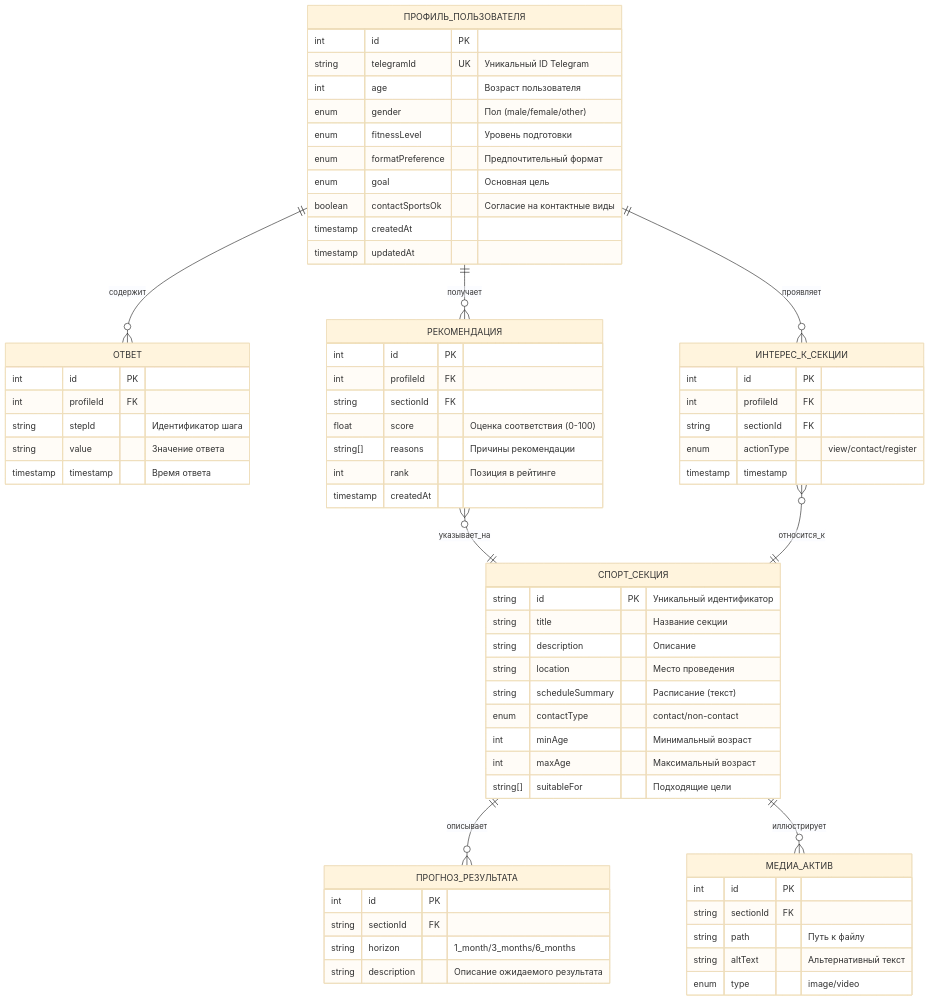
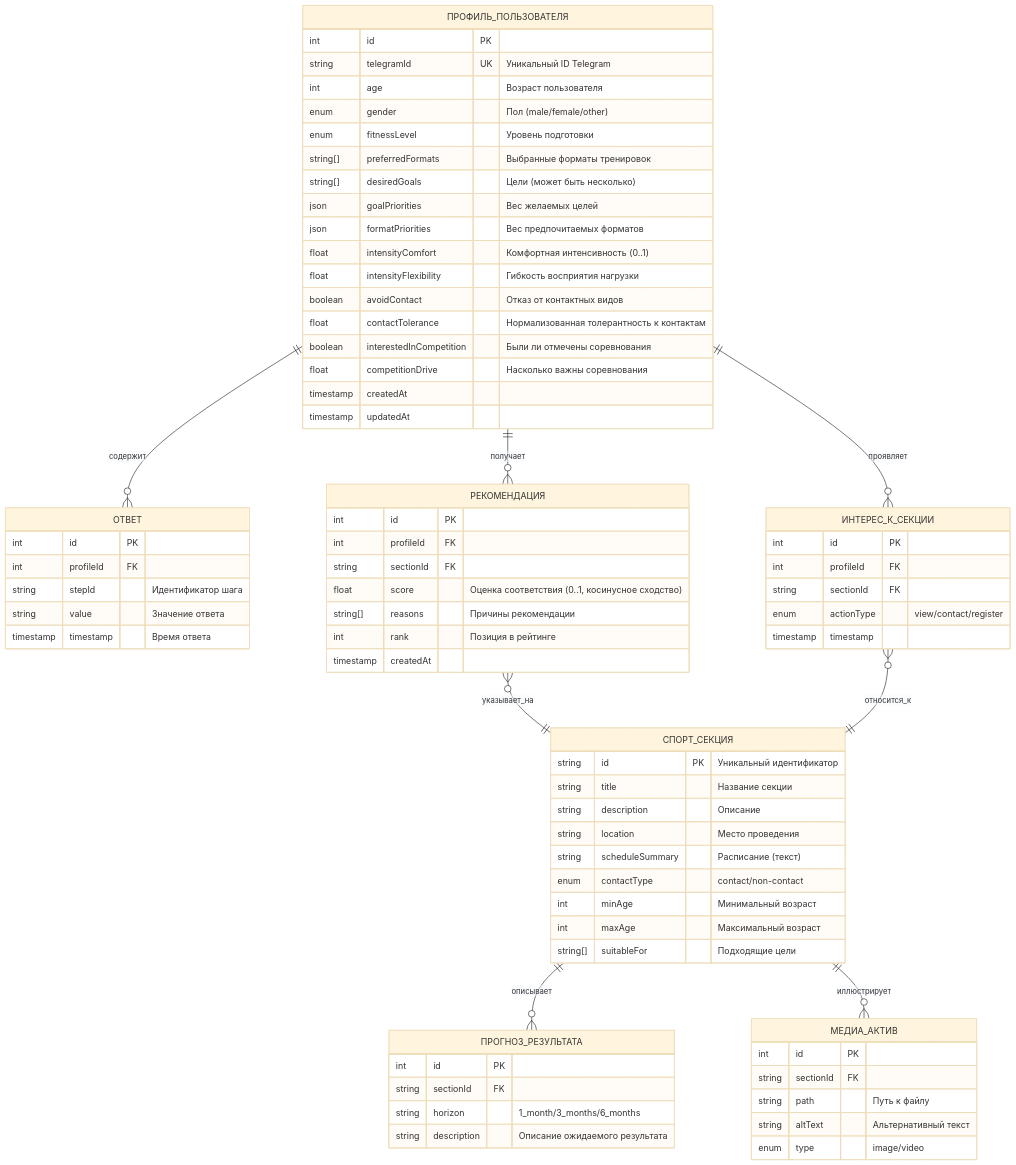
One commit to kotru21/bsuir changed the fourth of 4 diagrams in docs/ARCHITECTURE.md. Above: the diagram before and after it, drawn with Mermaid (base theme). The commit also changed other lines of this file and 4 other files, not shown here.

```diff
--- a/docs/ARCHITECTURE.md
+++ b/docs/ARCHITECTURE.md
@@ -217,9 +217,16 @@
       int age "Возраст пользователя"
       enum gender "Пол (male/female/other)"
       enum fitnessLevel "Уровень подготовки"
-      enum formatPreference "Предпочтительный формат"
-      enum goal "Основная цель"
-      boolean contactSportsOk "Согласие на контактные виды"
+      string[] preferredFormats "Выбранные форматы тренировок"
+      string[] desiredGoals "Цели (может быть несколько)"
+      json goalPriorities "Вес желаемых целей"
+      json formatPriorities "Вес предпочитаемых форматов"
+      float intensityComfort "Комфортная интенсивность (0..1)"
+      float intensityFlexibility "Гибкость восприятия нагрузки"
+      boolean avoidContact "Отказ от контактных видов"
+      float contactTolerance "Нормализованная толерантность к контактам"
+      boolean interestedInCompetition "Были ли отмечены соревнования"
+      float competitionDrive "Насколько важны соревнования"
       timestamp createdAt
       timestamp updatedAt
    }
@@ -248,7 +255,7 @@
       int id PK
       int profileId FK
       string sectionId FK
-      float score "Оценка соответствия (0-100)"
+      float score "Оценка соответствия (0..1, косинусное сходство)"
       string[] reasons "Причины рекомендации"
       int rank "Позиция в рейтинге"
       timestamp createdAt
```
